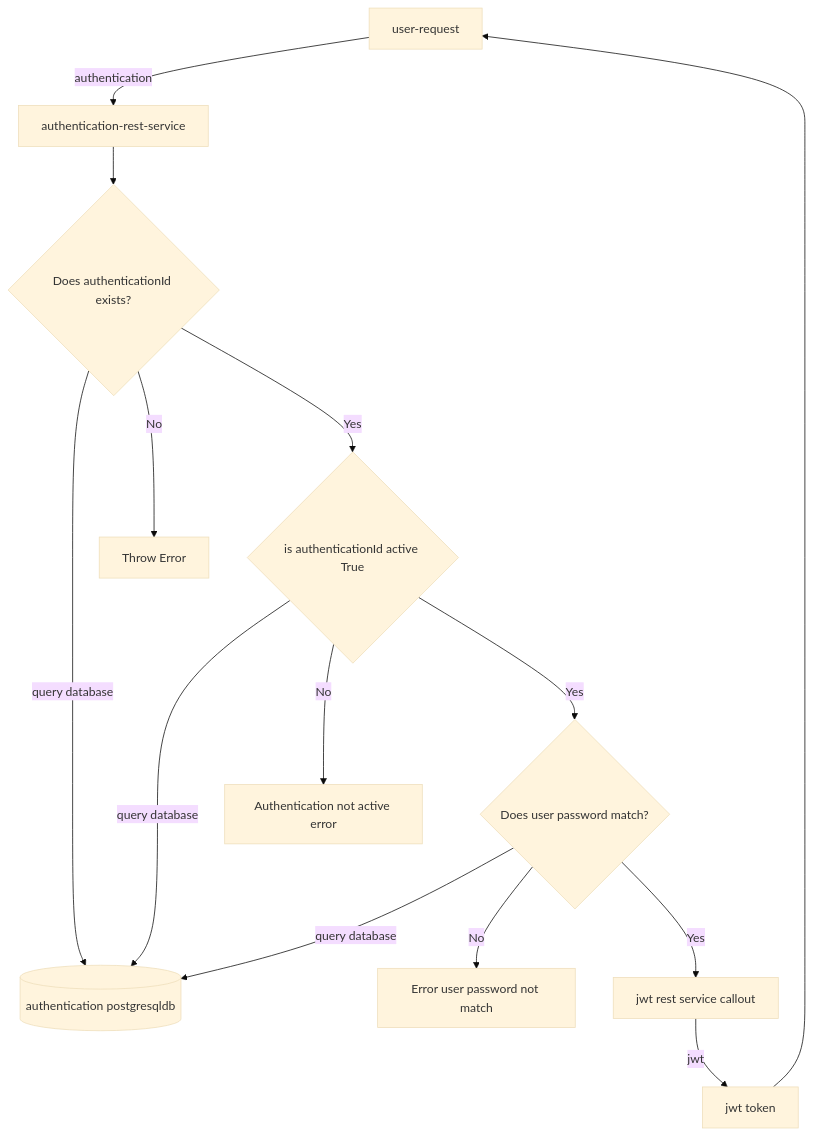
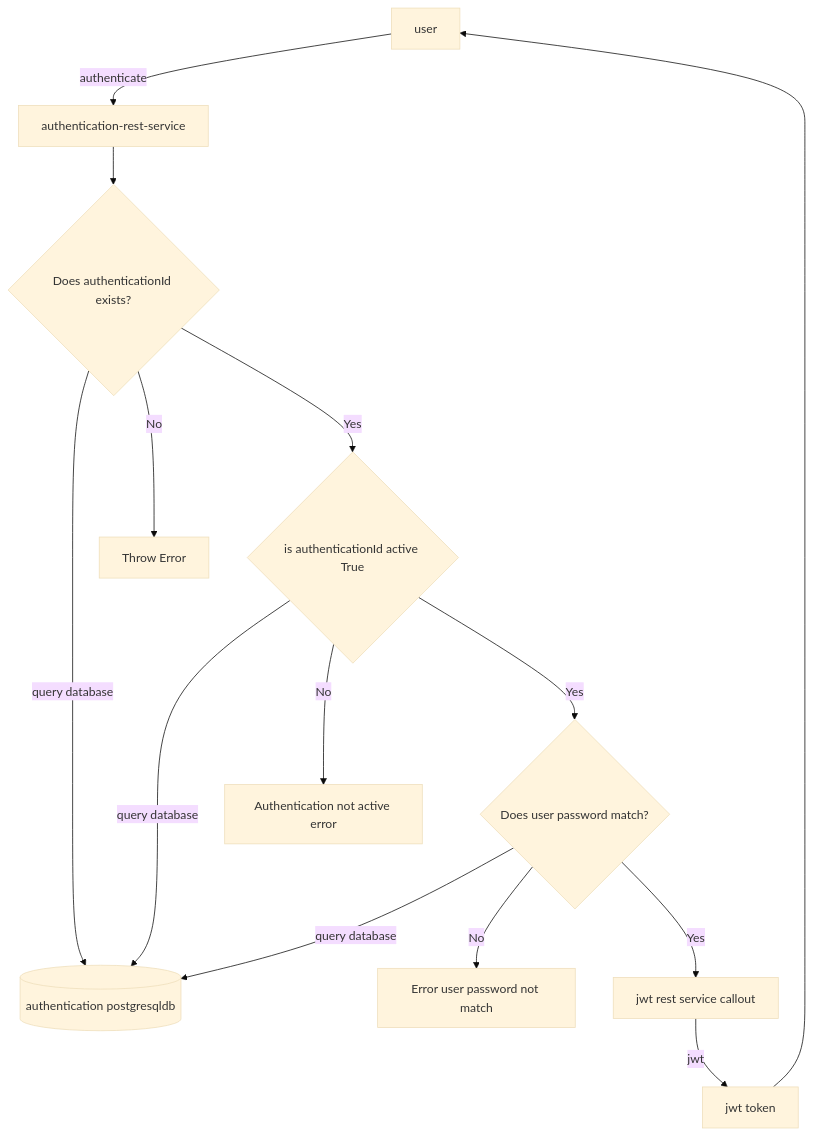
Before and after one commit to sonamsamdupkhangsar/authentication-rest-service: the second of 2 diagrams in README.md, drawn with Mermaid (base theme).

Commit message:
add authentication workflow

````diff
--- a/README.md
+++ b/README.md
@@ -25,16 +25,16 @@
 ```mermaid
 flowchart TD
-    user-request[user-request] -->|authentication| authentication-rest-service[authentication-rest-service]
+    user[user] -->|authenticate| authentication-rest-service[authentication-rest-service]
     authentication-rest-service --> authenticationIdExists{Does authenticationId exists?}
     authenticationIdExists -->|query database| db[(authentication postgresqldb)]
     authenticationIdExists --> |No| Error[Throw Error]
     authenticationIdExists --> |Yes| CheckAuthIdExistAndIsActiveTrue{is authenticationId active True}
     CheckAuthIdExistAndIsActiveTrue -->|query database| db
     CheckAuthIdExistAndIsActiveTrue -->|No| AuthNotActive[Authentication not active error]
     CheckAuthIdExistAndIsActiveTrue -->|Yes| CheckUserPasswordMatch{Does user password match?}
     CheckUserPasswordMatch -->|query database| db
     CheckUserPasswordMatch -->|No| UserPasswordNotMatchError[Error user password not match]
     CheckUserPasswordMatch -->|Yes| CallJwtRestService[jwt rest service callout]
     CallJwtRestService -->|jwt| JWT[jwt token]
-    JWT --> user-request
+    JWT --> user
 ```
````
